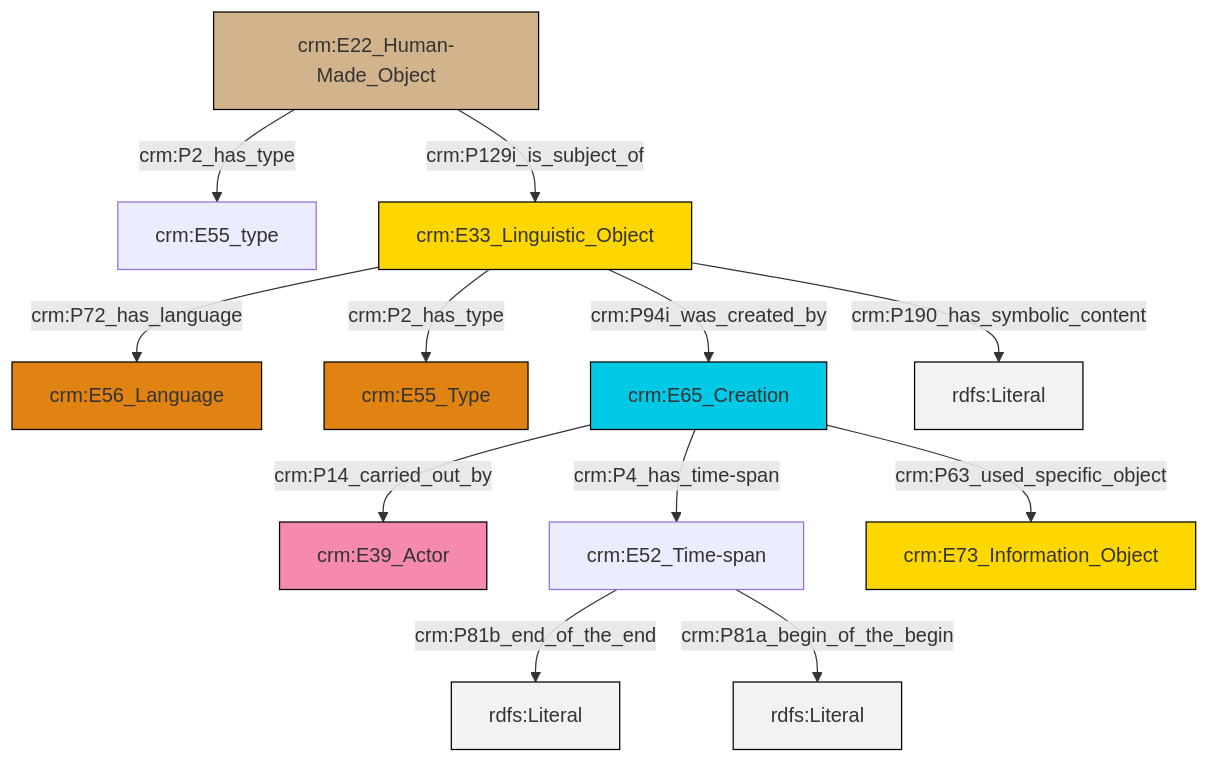
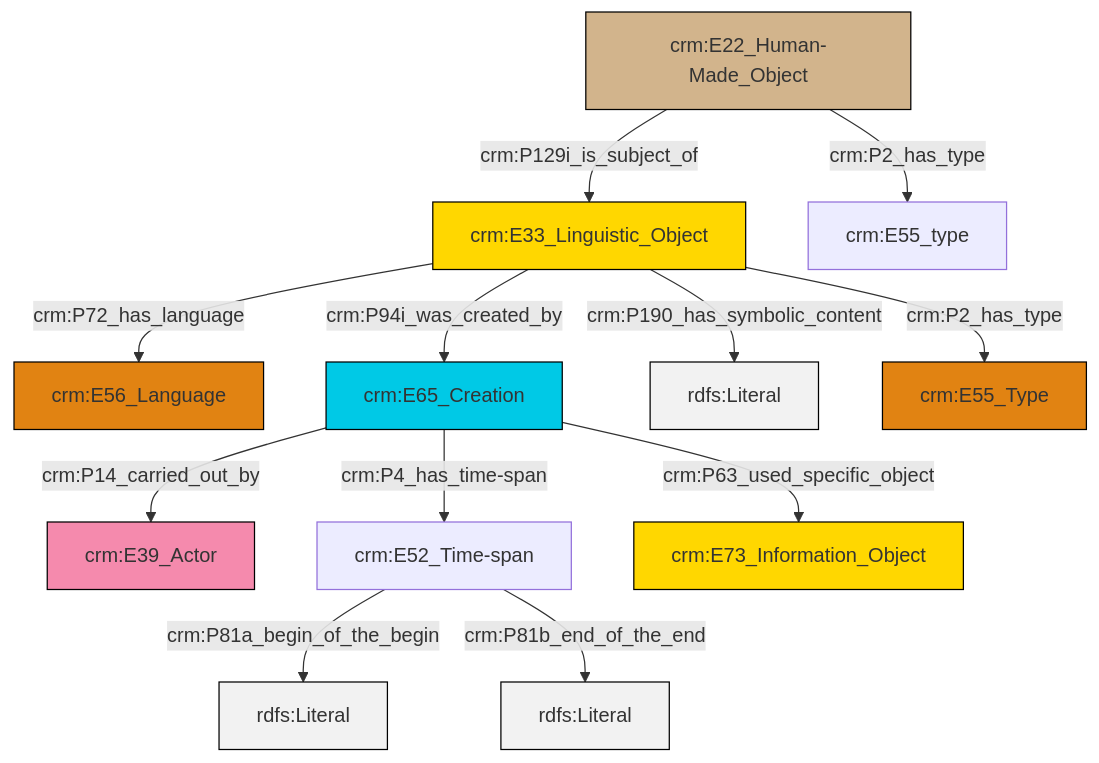
One commit to swiss-art-research-net/reference-data-models changed the diagram in et/builtWorkCSV/ttl/mmd/Built_Work_description.ttl.mmd. Above: the diagram before and after it, drawn with Mermaid. The commit also changed 128 other files, not shown here.

```diff
--- a/et/builtWorkCSV/ttl/mmd/Built_Work_description.ttl.mmd
+++ b/et/builtWorkCSV/ttl/mmd/Built_Work_description.ttl.mmd
@@ -1,26 +1,26 @@
 graph TD
 classDef Literal fill:#f2f2f2,stroke:#000000;
 classDef CRM_Entity fill:#FFFFFF,stroke:#000000;
 classDef Temporal_Entity fill:#00C9E6, stroke:#000000;
 classDef Type fill:#E18312, stroke:#000000;
 classDef Time-Span fill:#2C9C91, stroke:#000000;
 classDef Appellation fill:#FFEB7F, stroke:#000000;
 classDef Place fill:#008836, stroke:#000000;
 classDef Persistent_Item fill:#B266B2, stroke:#000000;
 classDef Conceptual_Object fill:#FFD700, stroke:#000000;
 classDef Physical_Thing fill:#D2B48C, stroke:#000000;
 classDef Actor fill:#f58aad, stroke:#000000;
 classDef PC_Classes fill:#4ce600, stroke:#000000;
 classDef Multi fill:#cccccc,stroke:#000000;
 
-0["crm:E22_Human-Made_Object"]:::Physical_Thing -->|crm:P2_has_type| 1["crm:E55_type"]:::Default
-3["crm:E33_Linguistic_Object"]:::Conceptual_Object -->|crm:P72_has_language| 4["crm:E56_Language"]:::Type
-3["crm:E33_Linguistic_Object"]:::Conceptual_Object -->|crm:P2_has_type| 6["crm:E55_Type"]:::Type
-7["crm:E65_Creation"]:::Temporal_Entity -->|crm:P14_carried_out_by| 9["crm:E39_Actor"]:::Actor
-7["crm:E65_Creation"]:::Temporal_Entity -->|crm:P4_has_time-span| 10["crm:E52_Time-span"]:::Default
-0["crm:E22_Human-Made_Object"]:::Physical_Thing -->|crm:P129i_is_subject_of| 3["crm:E33_Linguistic_Object"]:::Conceptual_Object
-7["crm:E65_Creation"]:::Temporal_Entity -->|crm:P63_used_specific_object| 12["crm:E73_Information_Object"]:::Conceptual_Object
-10["crm:E52_Time-span"]:::Default -->|crm:P81b_end_of_the_end| 14[rdfs:Literal]:::Literal
-3["crm:E33_Linguistic_Object"]:::Conceptual_Object -->|crm:P190_has_symbolic_content| 15[rdfs:Literal]:::Literal
-3["crm:E33_Linguistic_Object"]:::Conceptual_Object -->|crm:P94i_was_created_by| 7["crm:E65_Creation"]:::Temporal_Entity
-10["crm:E52_Time-span"]:::Default -->|crm:P81a_begin_of_the_begin| 17[rdfs:Literal]:::Literal
+2["crm:E65_Creation"]:::Temporal_Entity -->|crm:P14_carried_out_by| 3["crm:E39_Actor"]:::Actor
+4["crm:E33_Linguistic_Object"]:::Conceptual_Object -->|crm:P72_has_language| 0["crm:E56_Language"]:::Type
+5["crm:E22_Human-Made_Object"]:::Physical_Thing -->|crm:P2_has_type| 6["crm:E55_type"]:::Default
+4["crm:E33_Linguistic_Object"]:::Conceptual_Object -->|crm:P190_has_symbolic_content| 7[rdfs:Literal]:::Literal
+8["crm:E52_Time-span"]:::Default -->|crm:P81a_begin_of_the_begin| 10[rdfs:Literal]:::Literal
+5["crm:E22_Human-Made_Object"]:::Physical_Thing -->|crm:P129i_is_subject_of| 4["crm:E33_Linguistic_Object"]:::Conceptual_Object
+4["crm:E33_Linguistic_Object"]:::Conceptual_Object -->|crm:P94i_was_created_by| 2["crm:E65_Creation"]:::Temporal_Entity
+8["crm:E52_Time-span"]:::Default -->|crm:P81b_end_of_the_end| 17[rdfs:Literal]:::Literal
+4["crm:E33_Linguistic_Object"]:::Conceptual_Object -->|crm:P2_has_type| 15["crm:E55_Type"]:::Type
+2["crm:E65_Creation"]:::Temporal_Entity -->|crm:P4_has_time-span| 8["crm:E52_Time-span"]:::Default
+2["crm:E65_Creation"]:::Temporal_Entity -->|crm:P63_used_specific_object| 12["crm:E73_Information_Object"]:::Conceptual_Object
```
